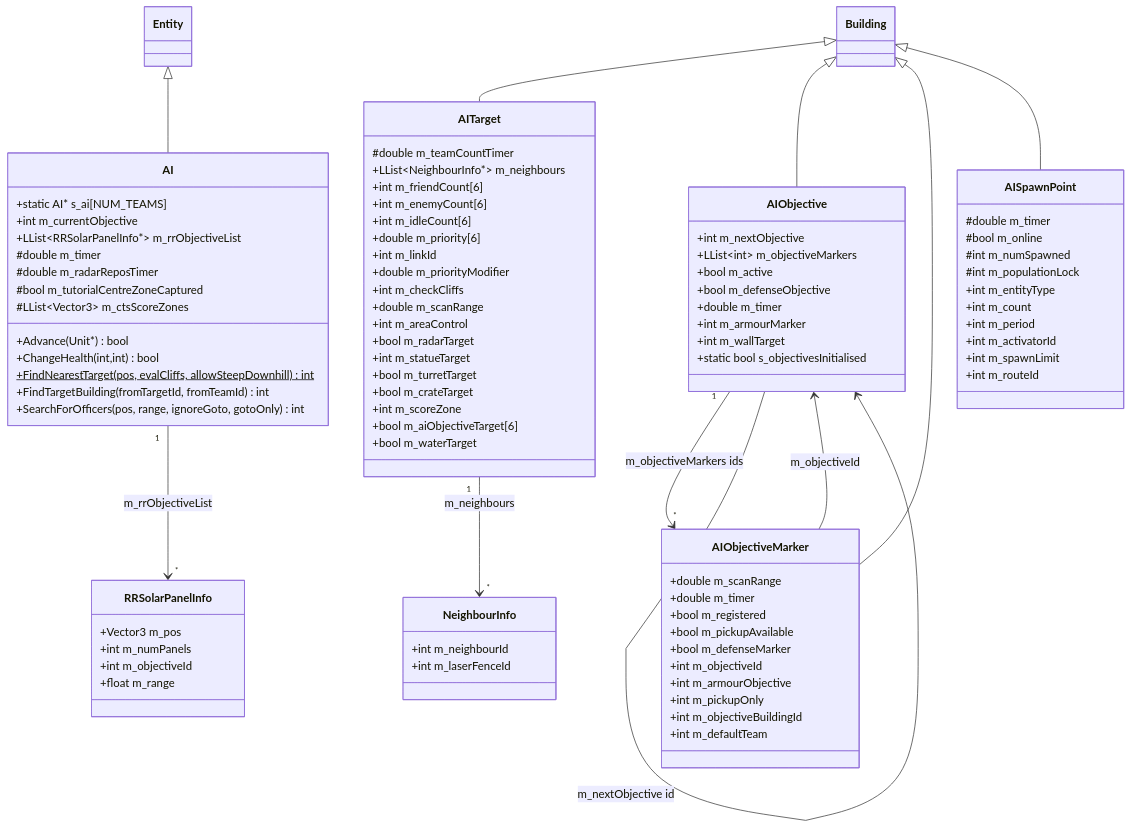
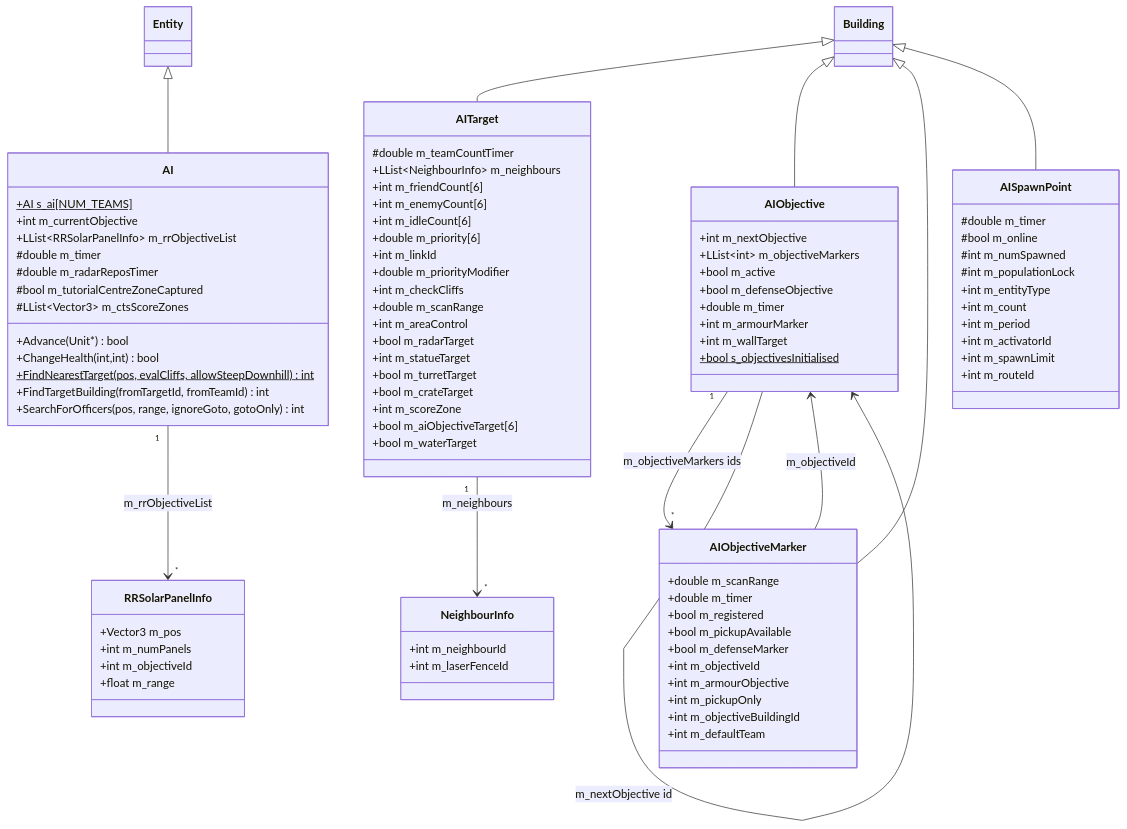
Before and after one commit to Zwaliebaba/Species.AI: the second of 5 diagrams in design/07_ai.md, drawn with Mermaid. The commit also changed other lines of this file and 34 other files, not shown here.

```diff
--- a/design/07_ai.md
+++ b/design/07_ai.md
@@ -101,9 +101,9 @@
     AIObjective --> AIObjective : m_nextObjective id
     AIObjectiveMarker --> AIObjective : m_objectiveId
     class AI{
-      +static AI* s_ai[NUM_TEAMS]
+      +AI s_ai[NUM_TEAMS]$
       +int m_currentObjective
-      +LList~RRSolarPanelInfo*~ m_rrObjectiveList
+      +LList~RRSolarPanelInfo~ m_rrObjectiveList
       #double m_timer
       #double m_radarReposTimer
       #bool m_tutorialCentreZoneCaptured
@@ -126,7 +126,7 @@
     }
     class AITarget{
       #double m_teamCountTimer
-      +LList~NeighbourInfo*~ m_neighbours
+      +LList~NeighbourInfo~ m_neighbours
       +int m_friendCount[6]
       +int m_enemyCount[6]
       +int m_idleCount[6]
@@ -152,7 +152,7 @@
       +double m_timer
       +int m_armourMarker
       +int m_wallTarget
-      +static bool s_objectivesInitialised
+      +bool s_objectivesInitialised$
     }
     class AIObjectiveMarker{
       +double m_scanRange
```
